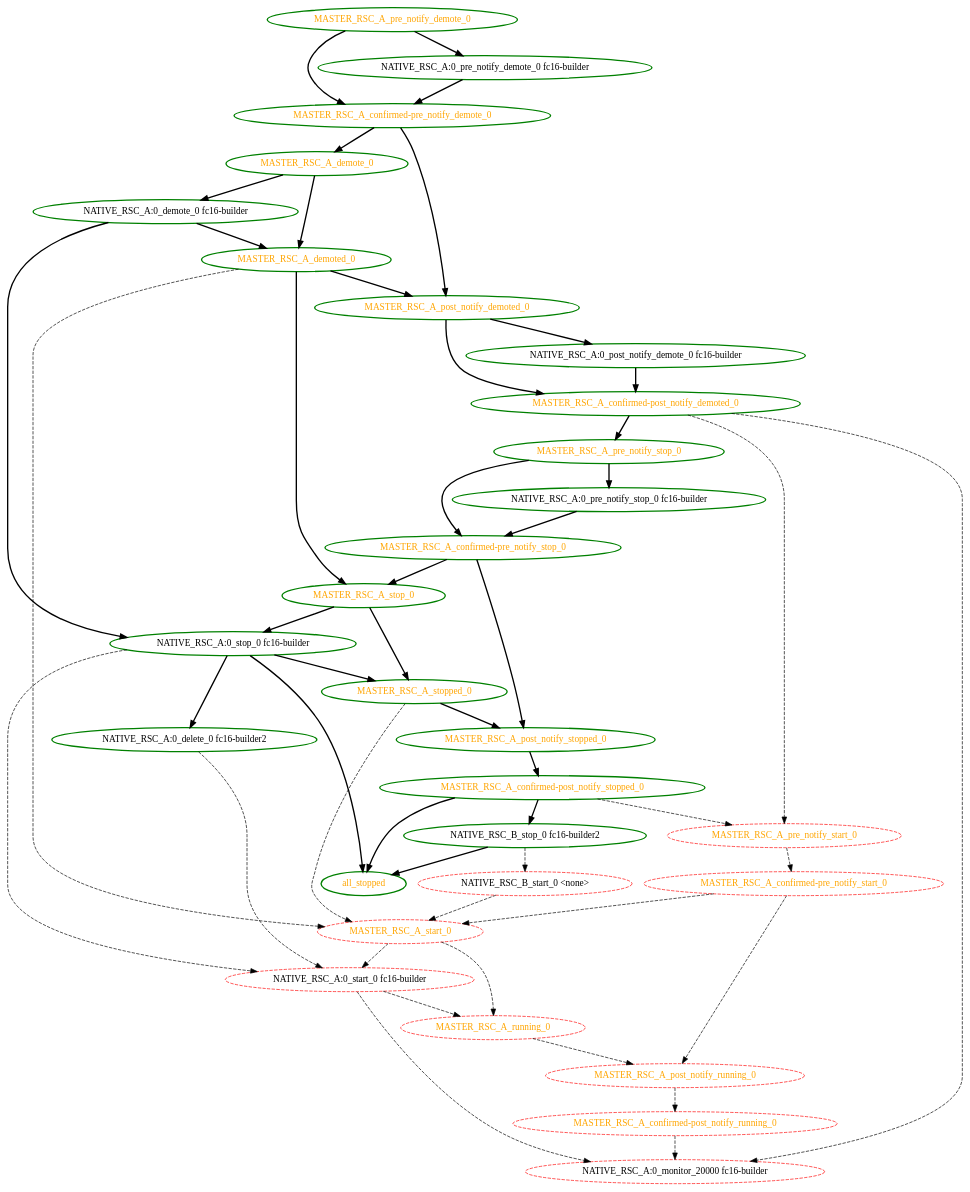
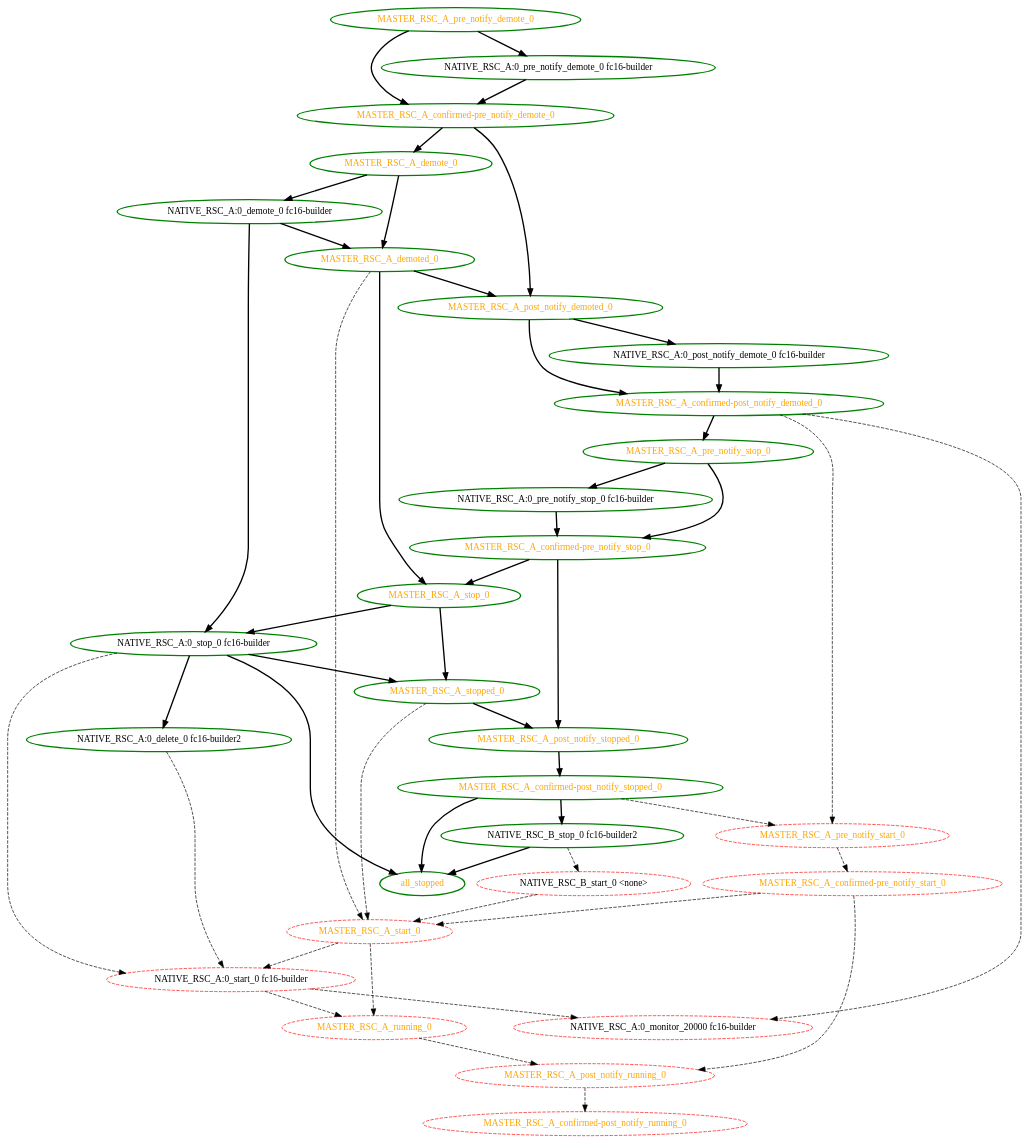
Before and after one commit to ClusterLabs/pacemaker: the diagram in cts/pengine/order_constraint_stops_master.dot, drawn with Graphviz. The commit also changed 48 other files, not shown here.

```diff
--- a/cts/pengine/order_constraint_stops_master.dot
+++ b/cts/pengine/order_constraint_stops_master.dot
@@ -1,80 +1,79 @@
  digraph "g" {
 "MASTER_RSC_A_confirmed-post_notify_demoted_0" -> "MASTER_RSC_A_pre_notify_start_0" [ style = dashed]
 "MASTER_RSC_A_confirmed-post_notify_demoted_0" -> "MASTER_RSC_A_pre_notify_stop_0" [ style = bold]
 "MASTER_RSC_A_confirmed-post_notify_demoted_0" -> "NATIVE_RSC_A:0_monitor_20000 fc16-builder" [ style = dashed]
 "MASTER_RSC_A_confirmed-post_notify_demoted_0" [ style=bold color="green" fontcolor="orange"]
-"MASTER_RSC_A_confirmed-post_notify_running_0" -> "NATIVE_RSC_A:0_monitor_20000 fc16-builder" [ style = dashed]
 "MASTER_RSC_A_confirmed-post_notify_running_0" [ style=dashed color="red" fontcolor="orange"]
 "MASTER_RSC_A_confirmed-post_notify_stopped_0" -> "MASTER_RSC_A_pre_notify_start_0" [ style = dashed]
 "MASTER_RSC_A_confirmed-post_notify_stopped_0" -> "NATIVE_RSC_B_stop_0 fc16-builder2" [ style = bold]
 "MASTER_RSC_A_confirmed-post_notify_stopped_0" -> "all_stopped" [ style = bold]
 "MASTER_RSC_A_confirmed-post_notify_stopped_0" [ style=bold color="green" fontcolor="orange"]
 "MASTER_RSC_A_confirmed-pre_notify_demote_0" -> "MASTER_RSC_A_demote_0" [ style = bold]
 "MASTER_RSC_A_confirmed-pre_notify_demote_0" -> "MASTER_RSC_A_post_notify_demoted_0" [ style = bold]
 "MASTER_RSC_A_confirmed-pre_notify_demote_0" [ style=bold color="green" fontcolor="orange"]
 "MASTER_RSC_A_confirmed-pre_notify_start_0" -> "MASTER_RSC_A_post_notify_running_0" [ style = dashed]
 "MASTER_RSC_A_confirmed-pre_notify_start_0" -> "MASTER_RSC_A_start_0" [ style = dashed]
 "MASTER_RSC_A_confirmed-pre_notify_start_0" [ style=dashed color="red" fontcolor="orange"]
 "MASTER_RSC_A_confirmed-pre_notify_stop_0" -> "MASTER_RSC_A_post_notify_stopped_0" [ style = bold]
 "MASTER_RSC_A_confirmed-pre_notify_stop_0" -> "MASTER_RSC_A_stop_0" [ style = bold]
 "MASTER_RSC_A_confirmed-pre_notify_stop_0" [ style=bold color="green" fontcolor="orange"]
 "MASTER_RSC_A_demote_0" -> "MASTER_RSC_A_demoted_0" [ style = bold]
 "MASTER_RSC_A_demote_0" -> "NATIVE_RSC_A:0_demote_0 fc16-builder" [ style = bold]
 "MASTER_RSC_A_demote_0" [ style=bold color="green" fontcolor="orange"]
 "MASTER_RSC_A_demoted_0" -> "MASTER_RSC_A_post_notify_demoted_0" [ style = bold]
 "MASTER_RSC_A_demoted_0" -> "MASTER_RSC_A_start_0" [ style = dashed]
 "MASTER_RSC_A_demoted_0" -> "MASTER_RSC_A_stop_0" [ style = bold]
 "MASTER_RSC_A_demoted_0" [ style=bold color="green" fontcolor="orange"]
 "MASTER_RSC_A_post_notify_demoted_0" -> "MASTER_RSC_A_confirmed-post_notify_demoted_0" [ style = bold]
 "MASTER_RSC_A_post_notify_demoted_0" -> "NATIVE_RSC_A:0_post_notify_demote_0 fc16-builder" [ style = bold]
 "MASTER_RSC_A_post_notify_demoted_0" [ style=bold color="green" fontcolor="orange"]
 "MASTER_RSC_A_post_notify_running_0" -> "MASTER_RSC_A_confirmed-post_notify_running_0" [ style = dashed]
 "MASTER_RSC_A_post_notify_running_0" [ style=dashed color="red" fontcolor="orange"]
 "MASTER_RSC_A_post_notify_stopped_0" -> "MASTER_RSC_A_confirmed-post_notify_stopped_0" [ style = bold]
 "MASTER_RSC_A_post_notify_stopped_0" [ style=bold color="green" fontcolor="orange"]
 "MASTER_RSC_A_pre_notify_demote_0" -> "MASTER_RSC_A_confirmed-pre_notify_demote_0" [ style = bold]
 "MASTER_RSC_A_pre_notify_demote_0" -> "NATIVE_RSC_A:0_pre_notify_demote_0 fc16-builder" [ style = bold]
 "MASTER_RSC_A_pre_notify_demote_0" [ style=bold color="green" fontcolor="orange"]
 "MASTER_RSC_A_pre_notify_start_0" -> "MASTER_RSC_A_confirmed-pre_notify_start_0" [ style = dashed]
 "MASTER_RSC_A_pre_notify_start_0" [ style=dashed color="red" fontcolor="orange"]
 "MASTER_RSC_A_pre_notify_stop_0" -> "MASTER_RSC_A_confirmed-pre_notify_stop_0" [ style = bold]
 "MASTER_RSC_A_pre_notify_stop_0" -> "NATIVE_RSC_A:0_pre_notify_stop_0 fc16-builder" [ style = bold]
 "MASTER_RSC_A_pre_notify_stop_0" [ style=bold color="green" fontcolor="orange"]
 "MASTER_RSC_A_running_0" -> "MASTER_RSC_A_post_notify_running_0" [ style = dashed]
 "MASTER_RSC_A_running_0" [ style=dashed color="red" fontcolor="orange"]
 "MASTER_RSC_A_start_0" -> "MASTER_RSC_A_running_0" [ style = dashed]
 "MASTER_RSC_A_start_0" -> "NATIVE_RSC_A:0_start_0 fc16-builder" [ style = dashed]
 "MASTER_RSC_A_start_0" [ style=dashed color="red" fontcolor="orange"]
 "MASTER_RSC_A_stop_0" -> "MASTER_RSC_A_stopped_0" [ style = bold]
 "MASTER_RSC_A_stop_0" -> "NATIVE_RSC_A:0_stop_0 fc16-builder" [ style = bold]
 "MASTER_RSC_A_stop_0" [ style=bold color="green" fontcolor="orange"]
 "MASTER_RSC_A_stopped_0" -> "MASTER_RSC_A_post_notify_stopped_0" [ style = bold]
 "MASTER_RSC_A_stopped_0" -> "MASTER_RSC_A_start_0" [ style = dashed]
 "MASTER_RSC_A_stopped_0" [ style=bold color="green" fontcolor="orange"]
 "NATIVE_RSC_A:0_delete_0 fc16-builder2" -> "NATIVE_RSC_A:0_start_0 fc16-builder" [ style = dashed]
 "NATIVE_RSC_A:0_delete_0 fc16-builder2" [ style=bold color="green" fontcolor="black"]
 "NATIVE_RSC_A:0_demote_0 fc16-builder" -> "MASTER_RSC_A_demoted_0" [ style = bold]
 "NATIVE_RSC_A:0_demote_0 fc16-builder" -> "NATIVE_RSC_A:0_stop_0 fc16-builder" [ style = bold]
 "NATIVE_RSC_A:0_demote_0 fc16-builder" [ style=bold color="green" fontcolor="black"]
 "NATIVE_RSC_A:0_monitor_20000 fc16-builder" [ style=dashed color="red" fontcolor="black"]
 "NATIVE_RSC_A:0_post_notify_demote_0 fc16-builder" -> "MASTER_RSC_A_confirmed-post_notify_demoted_0" [ style = bold]
 "NATIVE_RSC_A:0_post_notify_demote_0 fc16-builder" [ style=bold color="green" fontcolor="black"]
 "NATIVE_RSC_A:0_pre_notify_demote_0 fc16-builder" -> "MASTER_RSC_A_confirmed-pre_notify_demote_0" [ style = bold]
 "NATIVE_RSC_A:0_pre_notify_demote_0 fc16-builder" [ style=bold color="green" fontcolor="black"]
 "NATIVE_RSC_A:0_pre_notify_stop_0 fc16-builder" -> "MASTER_RSC_A_confirmed-pre_notify_stop_0" [ style = bold]
 "NATIVE_RSC_A:0_pre_notify_stop_0 fc16-builder" [ style=bold color="green" fontcolor="black"]
 "NATIVE_RSC_A:0_start_0 fc16-builder" -> "MASTER_RSC_A_running_0" [ style = dashed]
 "NATIVE_RSC_A:0_start_0 fc16-builder" -> "NATIVE_RSC_A:0_monitor_20000 fc16-builder" [ style = dashed]
 "NATIVE_RSC_A:0_start_0 fc16-builder" [ style=dashed color="red" fontcolor="black"]
 "NATIVE_RSC_A:0_stop_0 fc16-builder" -> "MASTER_RSC_A_stopped_0" [ style = bold]
 "NATIVE_RSC_A:0_stop_0 fc16-builder" -> "NATIVE_RSC_A:0_delete_0 fc16-builder2" [ style = bold]
 "NATIVE_RSC_A:0_stop_0 fc16-builder" -> "NATIVE_RSC_A:0_start_0 fc16-builder" [ style = dashed]
 "NATIVE_RSC_A:0_stop_0 fc16-builder" -> "all_stopped" [ style = bold]
 "NATIVE_RSC_A:0_stop_0 fc16-builder" [ style=bold color="green" fontcolor="black"]
 "NATIVE_RSC_B_start_0 <none>" -> "MASTER_RSC_A_start_0" [ style = dashed]
 "NATIVE_RSC_B_start_0 <none>" [ style=dashed color="red" fontcolor="black"]
 "NATIVE_RSC_B_stop_0 fc16-builder2" -> "NATIVE_RSC_B_start_0 <none>" [ style = dashed]
 "NATIVE_RSC_B_stop_0 fc16-builder2" -> "all_stopped" [ style = bold]
 "NATIVE_RSC_B_stop_0 fc16-builder2" [ style=bold color="green" fontcolor="black"]
 "all_stopped" [ style=bold color="green" fontcolor="orange"]
 }
```
